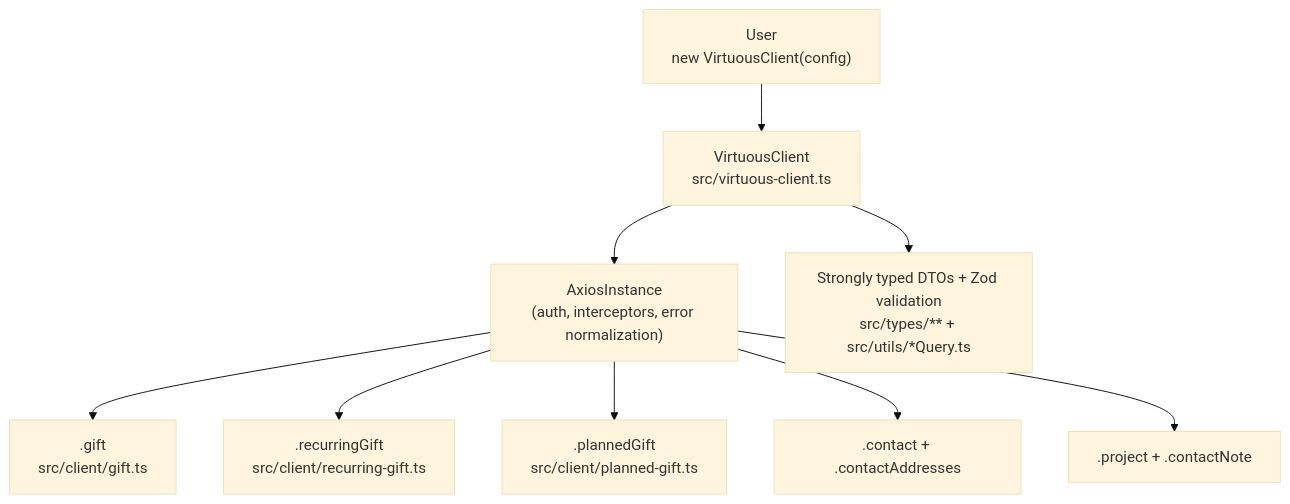
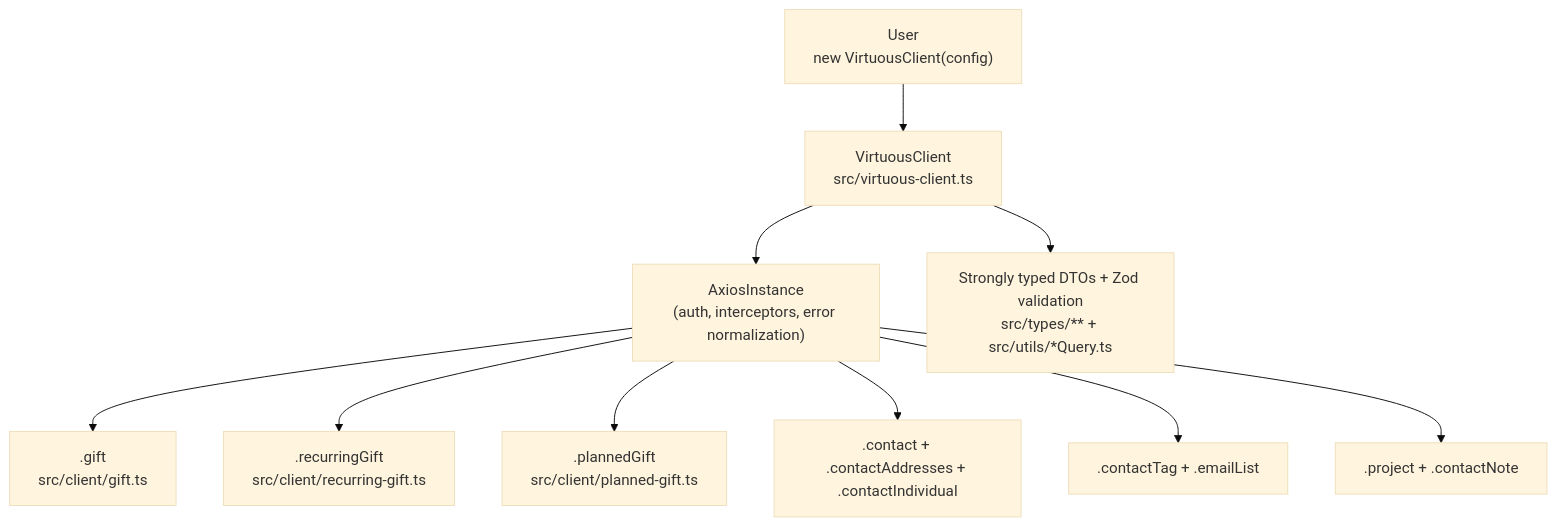
The diagram in Readme.md (animalaidunlimited/virtuous-ts), drawn with Mermaid (base theme) before and after one commit. The commit also changed other lines of this file and 15 other files, not shown here.

First line of the commit message:
feat: add contact tags, email lists, and audience helpers (0.5.0)

````diff
--- a/Readme.md
+++ b/Readme.md
@@ -210,11 +237,12 @@
 ```mermaid
 graph TD
     User["User<br/>new VirtuousClient(config)"] --> Client["VirtuousClient<br/>src/virtuous-client.ts"]
     Client --> Axios["AxiosInstance<br/>(auth, interceptors, error normalization)"]
     Axios --> Gift[".gift<br/>src/client/gift.ts"]
     Axios --> Recurring[".recurringGift<br/>src/client/recurring-gift.ts"]
     Axios --> Planned[".plannedGift<br/>src/client/planned-gift.ts"]
-    Axios --> Contact[".contact + .contactAddresses"]
+    Axios --> Contact[".contact + .contactAddresses + .contactIndividual"]
+    Axios --> TagEmail[".contactTag + .emailList"]
     Axios --> Project[".project + .contactNote"]
     Client --> Types["Strongly typed DTOs + Zod validation<br/>src/types/** + src/utils/*Query.ts"]
 ```
````
